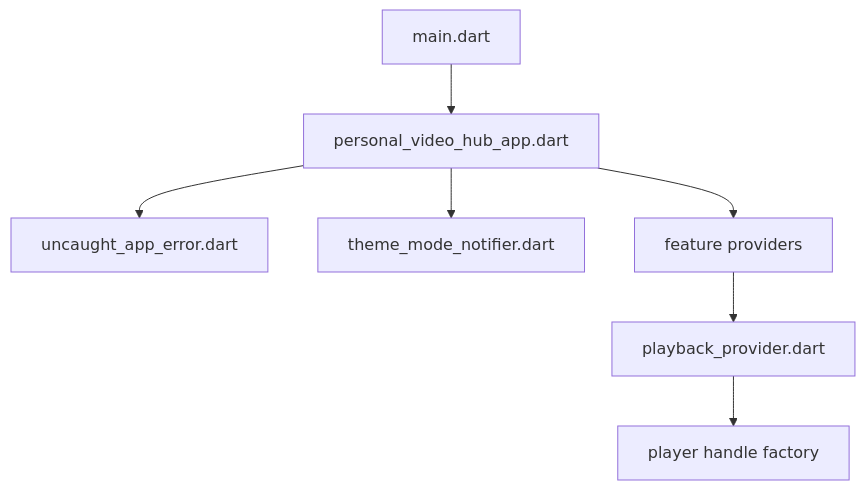
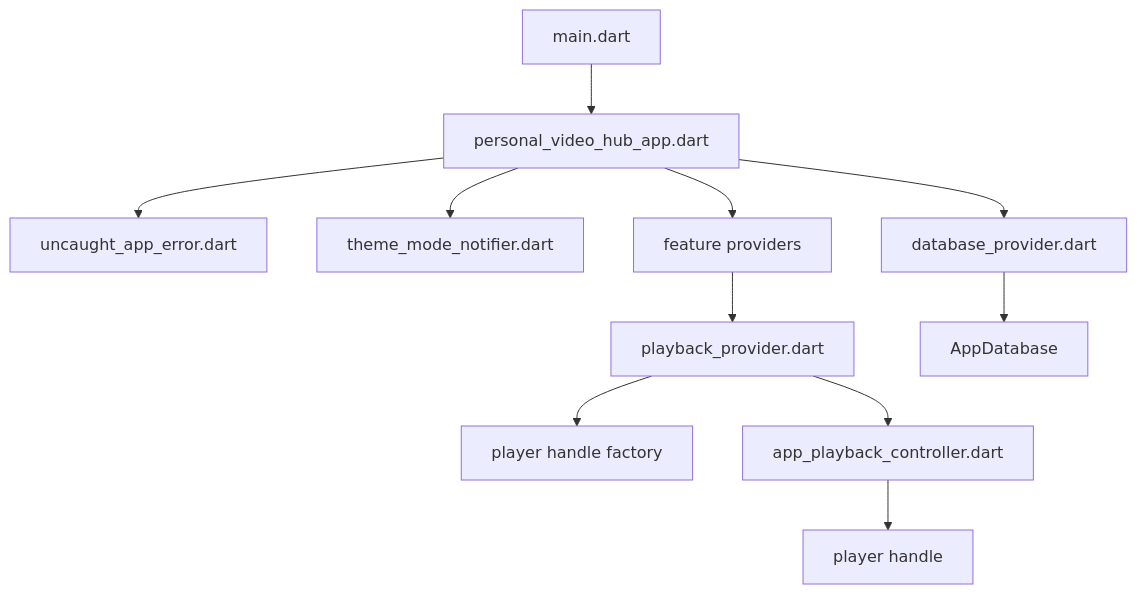
Before and after one commit to Rana76-u/mytube: the eighth of 8 diagrams in .qoder/repowiki/en/content/Architecture Overview/State Management with Riverpod.md, drawn with Mermaid. The commit also changed other lines of this file and 62 other files, not shown here.

````diff
--- a/.qoder/repowiki/en/content/Architecture Overview/State Management with Riverpod.md
+++ b/.qoder/repowiki/en/content/Architecture Overview/State Management with Riverpod.md
@@ -283,9 +346,13 @@
 ```mermaid
 graph TD
 M["main.dart"] --> A["personal_video_hub_app.dart"]
 A --> E["uncaught_app_error.dart"]
 A --> T["theme_mode_notifier.dart"]
 A --> F["feature providers"]
 F --> P["playback_provider.dart"]
 P --> H["player handle factory"]
+P --> C["app_playback_controller.dart"]
+C --> PH["player handle"]
+A --> D["database_provider.dart"]
+D --> DB["AppDatabase"]
 ```
````
